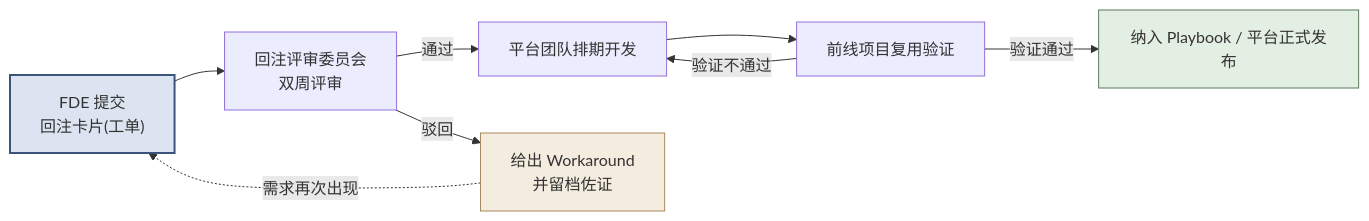
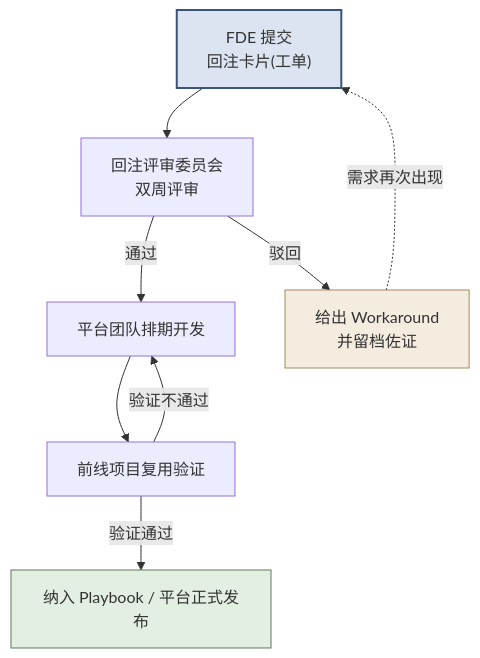
The second of 2 diagrams in textbook/第09章_能力回注方法论.md (cloudzun/fde-course), drawn with Mermaid before and after one commit. The commit also changed 1 other file, not shown here.

Commit message:
style: 全书 mermaid 复查——第4章 PPT咬合飞轮、第9章回注流程改 TD（循环/分支图纵向更清晰）；时间线/对比/并列图保留 LR

````diff
--- a/textbook/第09章_能力回注方法论.md
+++ b/textbook/第09章_能力回注方法论.md
@@ -82,14 +82,14 @@
 ```mermaid
-graph LR
+graph TD
     A["FDE 提交<br/>回注卡片(工单)"] --> B["回注评审委员会<br/>双周评审"]
     B -->|通过| C["平台团队排期开发"]
     B -->|驳回| E["给出 Workaround<br/>并留档佐证"]
     C --> D["前线项目复用验证"]
     D -->|验证通过| F["纳入 Playbook / 平台正式发布"]
     D -->|验证不通过| C
     E -.->|需求再次出现| A
 
     style A fill:#dbe4f0,stroke:#3a5578,stroke-width:2px
     style E fill:#f5ece0,stroke:#a8895f
     style F fill:#e4efe4,stroke:#5b7a5b
 ```
````
